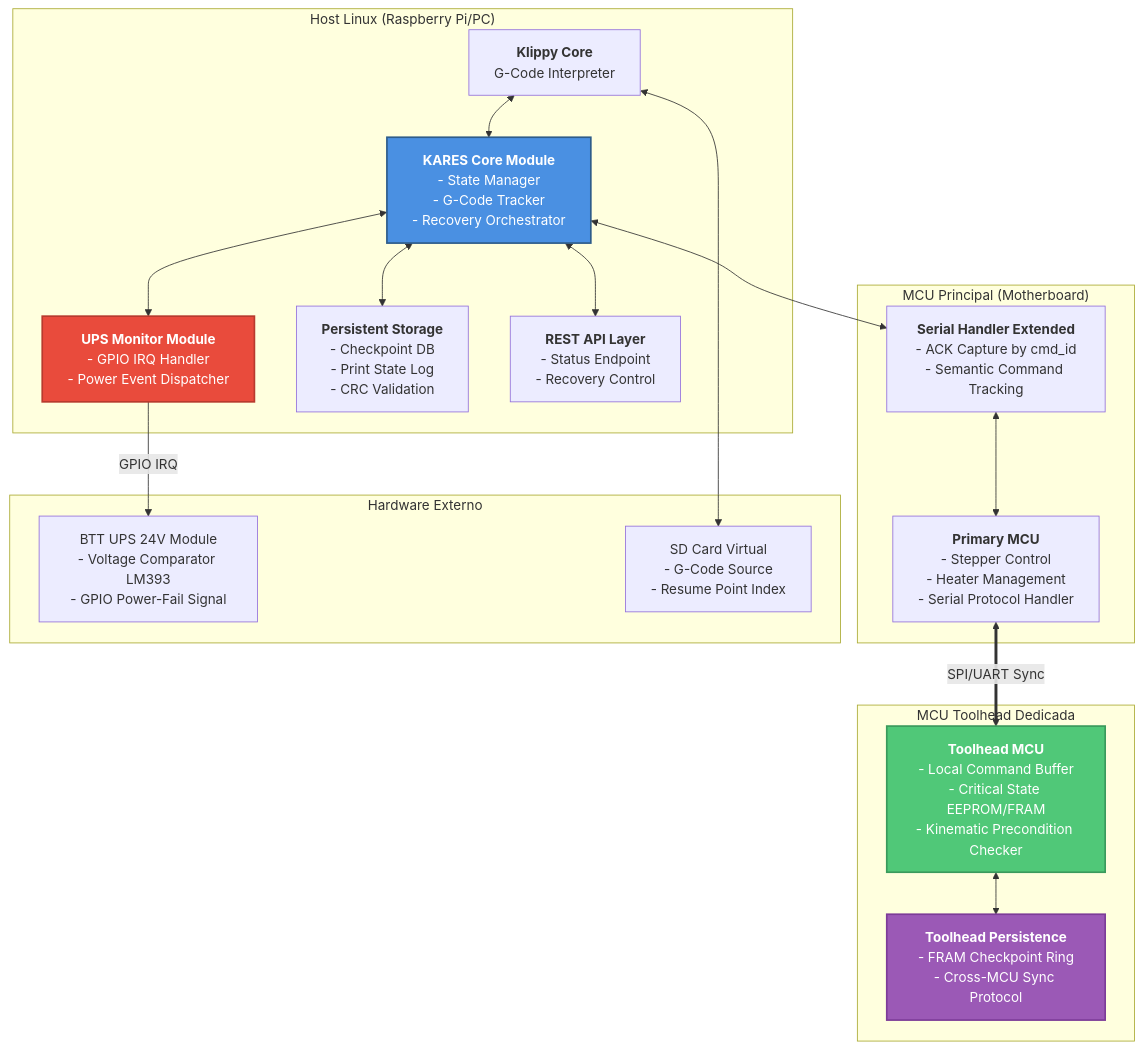
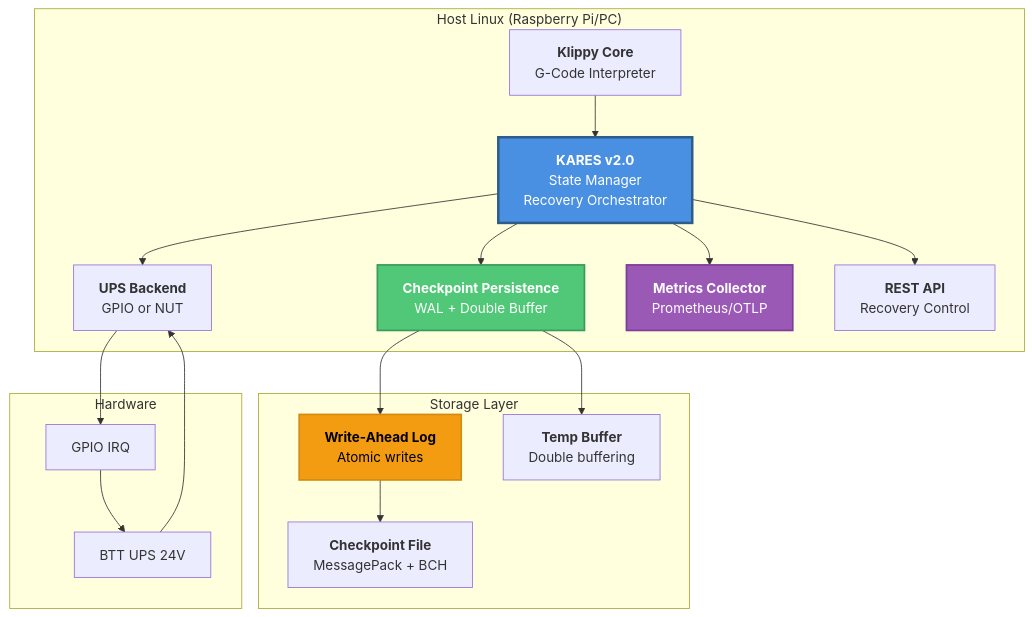
One commit to LauOtero/TUXEDO_RT changed the second of 2 diagrams in docs/protocolo_klipper/5.Kares arquitectura software v0.1.md. Above: the diagram before and after it, drawn with Mermaid. The commit also changed other lines of this file and 4 other files, not shown here.

First line of the commit message:
feat(virtual_sdcard): add checkpoint resume and expose line tracking

````diff
--- a/docs/protocolo_klipper/5.Kares arquitectura software v0.1.md
+++ b/docs/protocolo_klipper/5.Kares arquitectura software v0.1.md
@@ -38,41 +677,41 @@
 ```mermaid
 graph TB
     subgraph "Host Linux (Raspberry Pi/PC)"
         KLIP[<b>Klippy Core</b><br/>G-Code Interpreter]
-        KARES_CORE[<b>KARES Core Module</b><br/>- State Manager<br/>- G-Code Tracker<br/>- Recovery Orchestrator]
-        UPS_MOD[<b>UPS Monitor Module</b><br/>- GPIO IRQ Handler<br/>- Power Event Dispatcher]
-        PERSIST[<b>Persistent Storage</b><br/>- Checkpoint DB<br/>- Print State Log<br/>- CRC Validation]
-        API[<b>REST API Layer</b><br/>- Status Endpoint<br/>- Recovery Control]
+        KARES[<b>KARES v2.0</b><br/>State Manager<br/>Recovery Orchestrator]
+        UPS[<b>UPS Backend</b><br/>GPIO or NUT]
+        PERSIST[<b>Checkpoint Persistence</b><br/>WAL + Double Buffer]
+        METRICS[<b>Metrics Collector</b><br/>Prometheus/OTLP]
+        API[<b>REST API</b><br/>Recovery Control]
     end
 
-    subgraph "MCU Principal (Motherboard)"
-        MCU_MAIN[<b>Primary MCU</b><br/>- Stepper Control<br/>- Heater Management<br/>- Serial Protocol Handler]
-        SERIAL_MAIN[<b>Serial Handler Extended</b><br/>- ACK Capture by cmd_id<br/>- Semantic Command Tracking]
+    subgraph "Storage Layer"
+        WAL[<b>Write-Ahead Log</b><br/>Atomic writes]
+        CHECKPOINT[<b>Checkpoint File</b><br/>MessagePack + BCH]
+        TMP[<b>Temp Buffer</b><br/>Double buffering]
     end
 
-    subgraph "MCU Toolhead Dedicada"
-        MCU_TH[<b>Toolhead MCU</b><br/>- Local Command Buffer<br/>- Critical State EEPROM/FRAM<br/>- Kinematic Precondition Checker]
-        TH_PERSIST[<b>Toolhead Persistence</b><br/>- FRAM Checkpoint Ring<br/>- Cross-MCU Sync Protocol]
+    subgraph "Hardware"
+        GPIO[ GPIO IRQ ]
+        UPS_HW[ BTT UPS 24V ]
     end
 
-    subgraph "Hardware Externo"
-        UPS[BTT UPS 24V Module<br/>- Voltage Comparator LM393<br/>- GPIO Power-Fail Signal]
-        SD[SD Card Virtual<br/>- G-Code Source<br/>- Resume Point Index]
-    end
+    KLIP --> KARES
+    KARES --> UPS
+    KARES --> PERSIST
+    KARES --> METRICS
+    KARES --> API
 
-    KLIP <--> KARES_CORE
-    KARES_CORE <--> UPS_MOD
-    KARES_CORE <--> PERSIST
-    KARES_CORE <--> API
-    KARES_CORE <--> SERIAL_MAIN
-    SERIAL_MAIN <--> MCU_MAIN
-    MCU_MAIN <==>|SPI/UART Sync| MCU_TH
-    MCU_TH <--> TH_PERSIST
-    UPS_MOD -->|GPIO IRQ| UPS
-    KLIP <--> SD
+    PERSIST --> WAL
+    PERSIST --> TMP
+    WAL --> CHECKPOINT
 
-    style KARES_CORE fill:#4A90E2,stroke:#2E5C8A,stroke-width:2px,color:white
-    style UPS_MOD fill:#E94B3C,stroke:#B83A2E,stroke-width:2px,color:white
-    style MCU_TH fill:#50C878,stroke:#3A9A5C,stroke-width:2px,color:white
-    style TH_PERSIST fill:#9B59B6,stroke:#7D3C98,stroke-width:2px,color:white
+    UPS --> GPIO
+    GPIO --> UPS_HW
+    UPS_HW --> UPS
+
+    style KARES fill:#4A90E2,stroke:#2E5C8A,stroke-width:3px,color:white
+    style PERSIST fill:#50C878,stroke:#3A9A5C,stroke-width:2px,color:white
+    style WAL fill:#F39C12,stroke:#D68910,stroke-width:2px,color:black
+    style METRICS fill:#9B59B6,stroke:#7D3C98,stroke-width:2px,color:white
 ```
````
